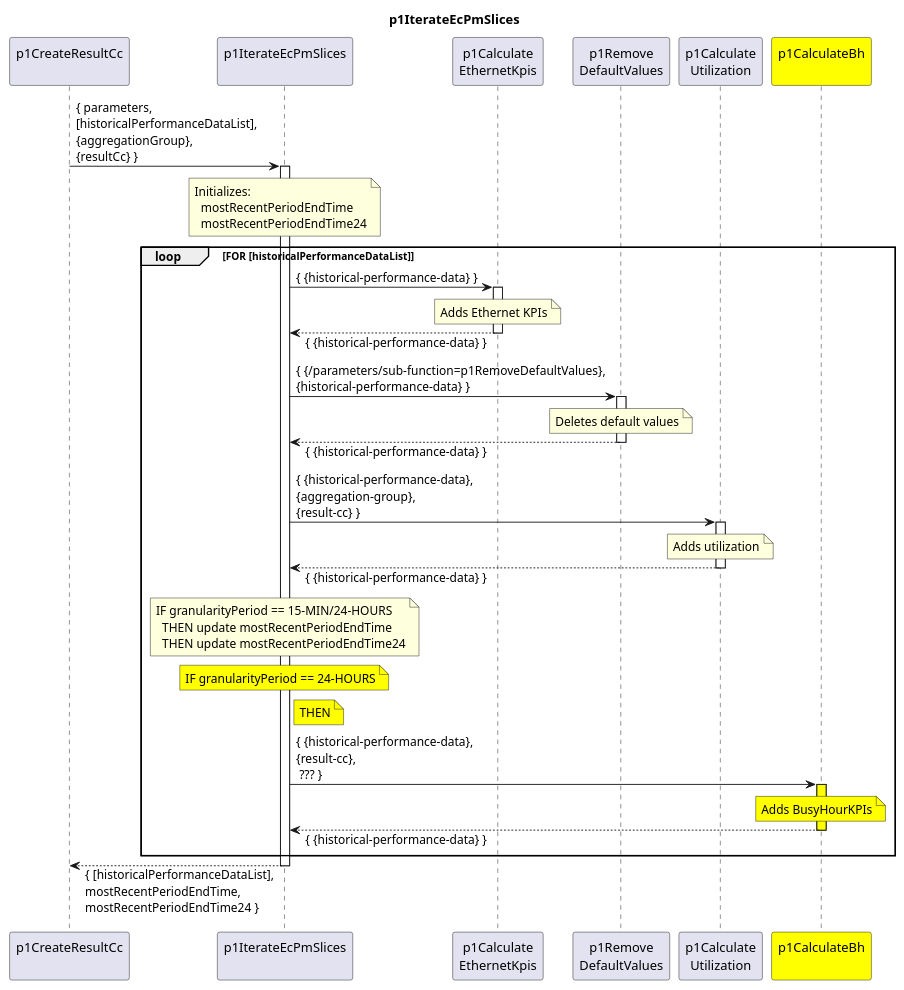
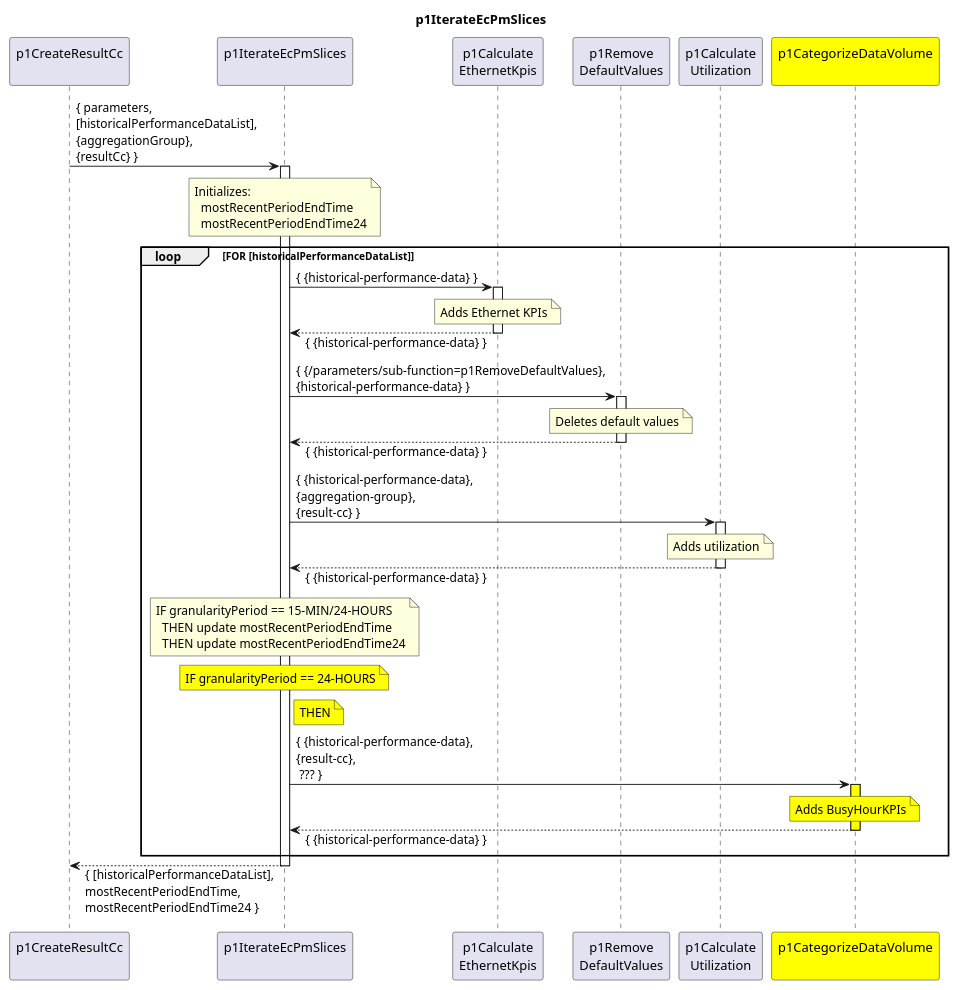
The diagram in spec/Functions/p1StreamPmData/p1ProcessDevice/p1CreateResultCc/p1IterateEcPmSlices/1.0.0/p1IterateEcPmSlices.plantuml (openBackhaul/DevicePerformanceManagementDataProcessor), drawn with PlantUML before and after one commit. The commit also changed 37 other files, not shown here.

```diff
--- a/spec/Functions/p1StreamPmData/p1ProcessDevice/p1CreateResultCc/p1IterateEcPmSlices/1.0.0/p1IterateEcPmSlices.plantuml
+++ b/spec/Functions/p1StreamPmData/p1ProcessDevice/p1CreateResultCc/p1IterateEcPmSlices/1.0.0/p1IterateEcPmSlices.plantuml
@@ -1,81 +1,81 @@
 @startuml p1IterateEcPmSlices
 skinparam responseMessageBelowArrow true
 
 title
   p1IterateEcPmSlices
 end title
 
 participant "p1CreateResultCc\n" as cur
 
 participant "p1IterateEcPmSlices\n" as iterateSlices
 participant "p1Calculate\nEthernetKpis" as intCC
 participant "p1Remove\nDefaultValues" as p1RemDefault
 participant "p1Calculate\nUtilization" as p1CalcUtil
-participant "p1CalculateBh\n" as p1CalcBh #Yellow
+participant "p1CategorizeDataVolume\n" as p1CalcBh #Yellow
 
 
 cur -> iterateSlices : { parameters,\n[historicalPerformanceDataList],\n{aggregationGroup},\n{resultCc} }
 activate iterateSlices
 
   note over iterateSlices
     Initializes:
       mostRecentPeriodEndTime
       mostRecentPeriodEndTime24
   end note
 
   loop FOR [historicalPerformanceDataList]
 
     iterateSlices -> intCC : { {historical-performance-data} }
     activate intCC
       note over intCC
         Adds Ethernet KPIs
       end note
     iterateSlices <-- intCC: { {historical-performance-data} }
     deactivate intCC
 
     iterateSlices -> p1RemDefault : { {/parameters/sub-function=p1RemoveDefaultValues},\n{historical-performance-data} }
     activate p1RemDefault
       note over p1RemDefault
         Deletes default values
       end note
     iterateSlices <-- p1RemDefault: { {historical-performance-data} }
     deactivate p1RemDefault
 
     iterateSlices -> p1CalcUtil : { {historical-performance-data},\n{aggregation-group},\n{result-cc} }
     activate p1CalcUtil
       note over p1CalcUtil
         Adds utilization
       end note
     iterateSlices <-- p1CalcUtil: { {historical-performance-data} }
     deactivate p1CalcUtil
 
     note over iterateSlices
       IF granularityPeriod == 15-MIN/24-HOURS
         THEN update mostRecentPeriodEndTime
         THEN update mostRecentPeriodEndTime24
     end note
 
     note over iterateSlices #Yellow
       IF granularityPeriod == 24-HOURS
     end note
 
     note right iterateSlices #Yellow
       THEN
     end note
 
     iterateSlices -> p1CalcBh : { {historical-performance-data},\n{result-cc},\n ??? }
     activate p1CalcBh #Yellow
       note over p1CalcBh #Yellow
         Adds BusyHourKPIs
       end note
     iterateSlices <-- p1CalcBh: { {historical-performance-data} }
     deactivate p1CalcBh
 
   end loop
 
 cur <-- iterateSlices : { [historicalPerformanceDataList],\nmostRecentPeriodEndTime,\nmostRecentPeriodEndTime24 }
 deactivate iterateSlices
 
 deactivate cur
 
 @enduml
```
